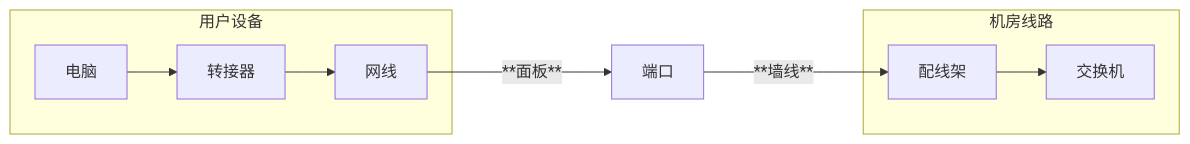
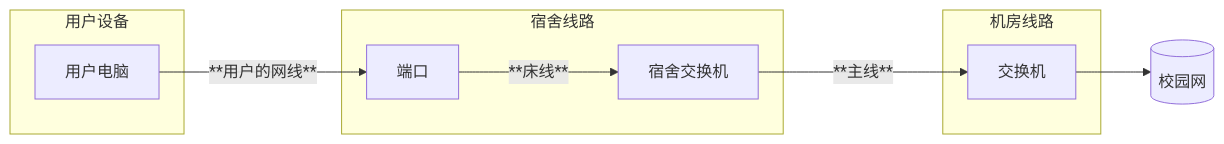
The diagram in docs/wiki/04-片区介绍/凤翔.md (ZSCNetSupportDept/website), drawn with Mermaid before and after one commit. The commit also changed other lines of this file and 6 other files, not shown here.

````diff
--- a/docs/wiki/04-片区介绍/凤翔.md
+++ b/docs/wiki/04-片区介绍/凤翔.md
@@ -19,13 +19,21 @@
-``` mermaid
+```mermaid
 
 
 graph LR
     subgraph 用户设备
-    电脑-->转接器-->网线;
-    end 
-    网线--**面板**--->端口--**墙线**--->配线架
+    用户电脑
+    end
+    
+    subgraph  宿舍线路 
+    用户电脑--**用户的网线**-->端口--**床线**--->宿舍交换机
+    end
+    
     subgraph 机房线路
-    配线架-->交换机;
+    宿舍交换机--**主线**--->交换机
+    
     end
+    
+    交换机-->yys[(校园网)]
 
+    
 ```
````
